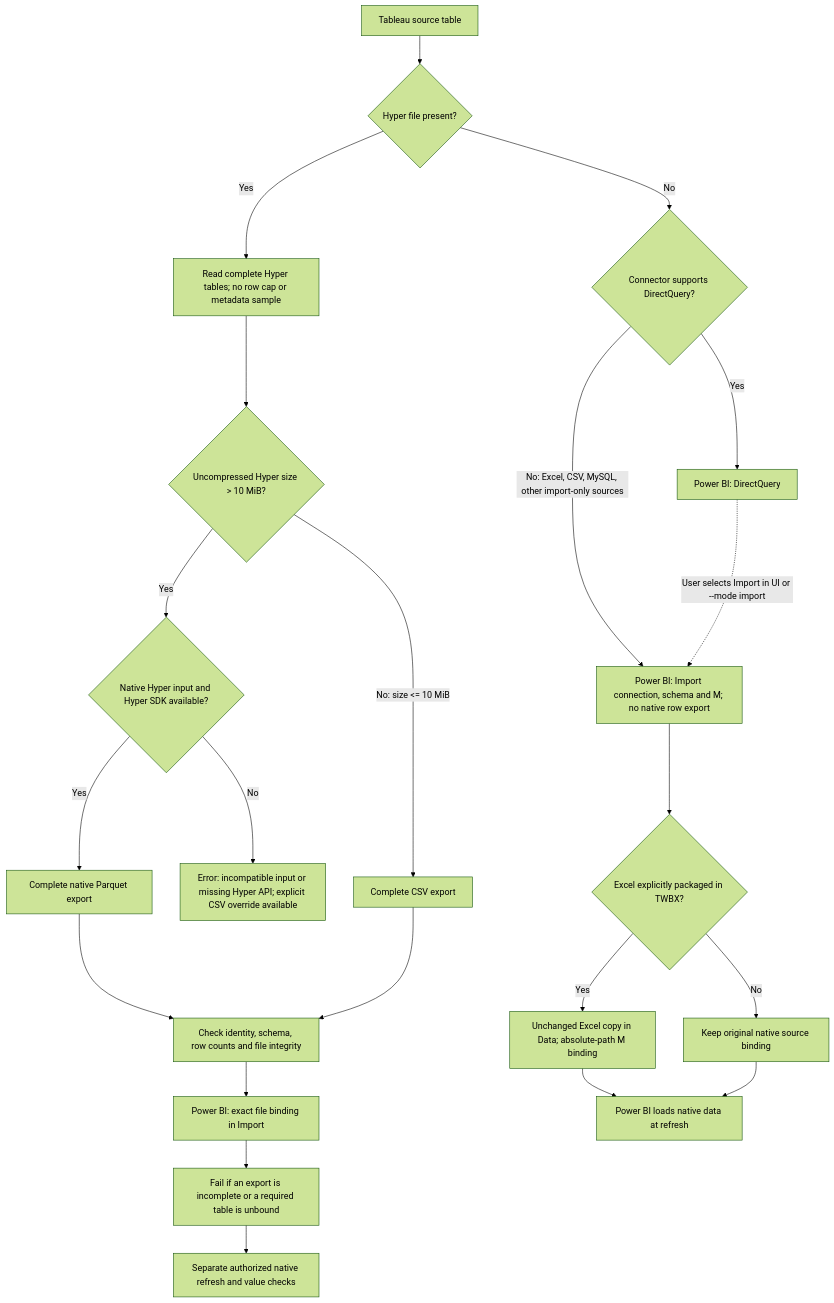
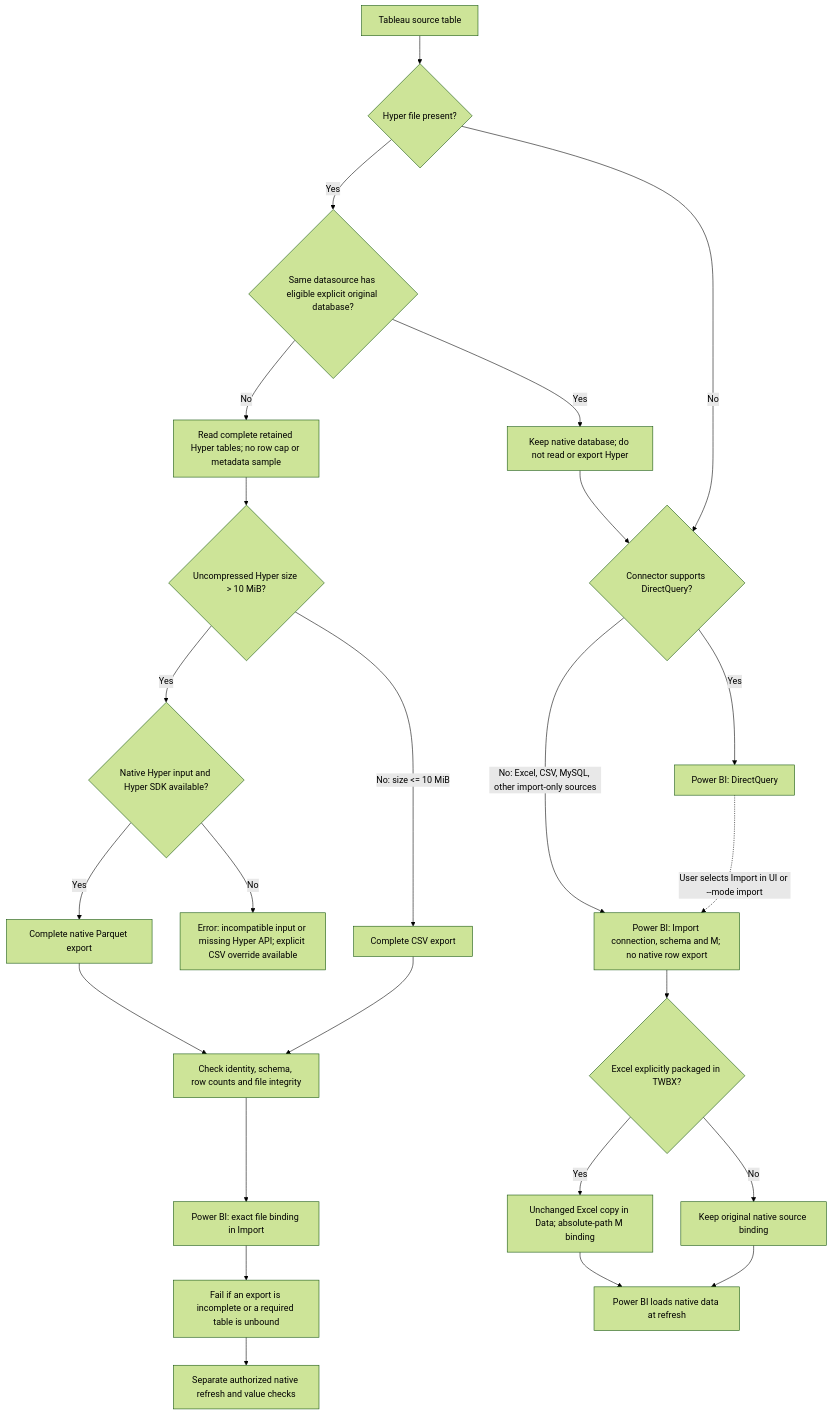
The second of 2 diagrams in docs/ARCHITECTURE.md (cyphou/TableauToPowerBI), drawn with Mermaid (forest theme) before and after one commit. The commit also changed other lines of this file and 38 other files, not shown here.

First line of the commit message:
Prefer native database sources over Hyper and preserve field lineage

````diff
--- a/docs/ARCHITECTURE.md
+++ b/docs/ARCHITECTURE.md
@@ -171,24 +178,27 @@
 ```mermaid
 flowchart TD
     Source["Tableau source table"] --> Hyper{"Hyper file present?"}
-    Hyper -->|Yes| Complete["Read complete Hyper tables; no row cap or metadata sample"]
+    Hyper -->|Yes| NativeDB{"Same datasource has eligible explicit original database?"}
+    NativeDB -->|Yes| ChooseDB["Keep native database; do not read or export Hyper"]
+    ChooseDB --> Capable
+    NativeDB -->|No| Complete["Read complete retained Hyper tables; no row cap or metadata sample"]
     Complete --> Size{"Uncompressed Hyper size > 10 MiB?"}
     Size -->|Yes| SDK{"Native Hyper input and Hyper SDK available?"}
     SDK -->|Yes| Parquet["Complete native Parquet export"]
     SDK -->|No| Error["Error: incompatible input or missing Hyper API; explicit CSV override available"]
     Size -->|"No: size <= 10 MiB"| CSV["Complete CSV export"]
     Parquet --> Check["Check identity, schema, row counts and file integrity"]
     CSV --> Check
     Check --> HyperImport["Power BI: exact file binding in Import"]
     HyperImport --> Gate["Fail if an export is incomplete or a required table is unbound"]
     Gate --> Runtime["Separate authorized native refresh and value checks"]
     Hyper -->|No| Capable{"Connector supports DirectQuery?"}
     Capable -->|Yes| DirectQuery["Power BI: DirectQuery"]
     Capable -->|No: Excel, CSV, MySQL, other import-only sources| NativeImport["Power BI: Import connection, schema and M; no native row export"]
     DirectQuery -.->|"User selects Import in UI or --mode import"| NativeImport
     NativeImport --> PackagedExcel{"Excel explicitly packaged in TWBX?"}
     PackagedExcel -->|Yes| ExcelCopy["Unchanged Excel copy in Data; absolute-path M binding"]
     PackagedExcel -->|No| Original["Keep original native source binding"]
     ExcelCopy --> Refresh["Power BI loads native data at refresh"]
     Original --> Refresh
 ```
````
